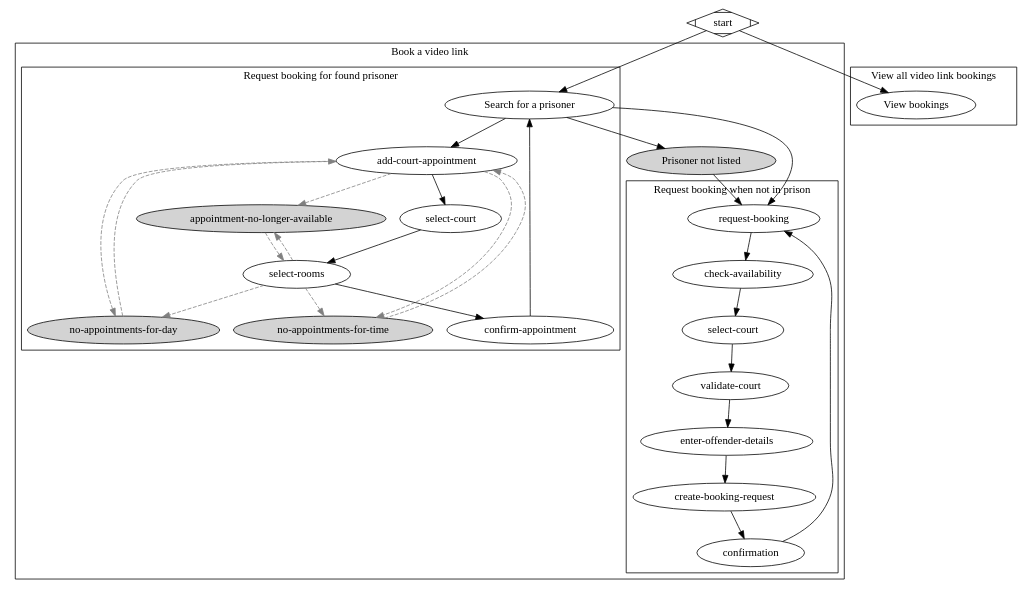
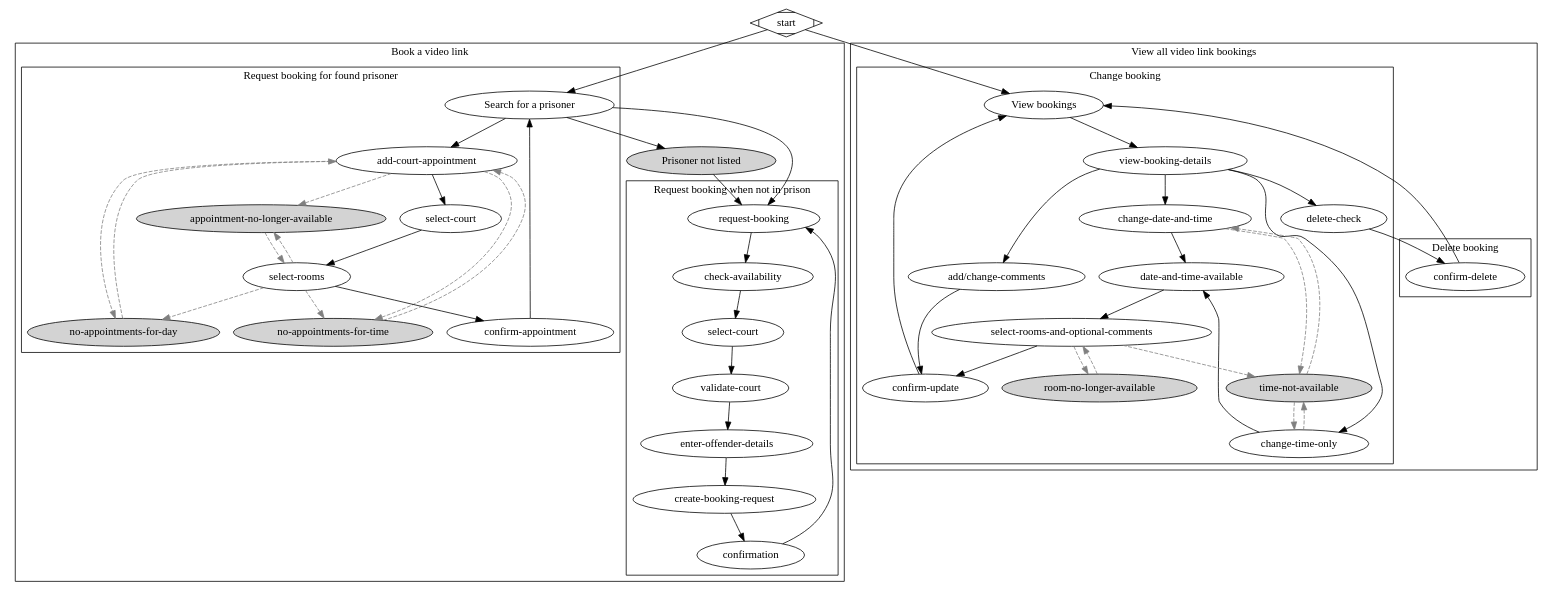
The diagram in route-map.dot (uk-gov-mirror/ministryofjustice.hmpps-book-video-link), drawn with Graphviz before and after one commit. The commit also changed 1 other file, not shown here.

```diff
--- a/route-map.dot
+++ b/route-map.dot
@@ -1,59 +1,104 @@
 digraph G {
-  start [shape=Mdiamond];
-  start -> a1;
-  start -> viewBookings;
+  start [shape=Mdiamond]
+  start -> a1
+  start -> viewBookings
 
   subgraph cluster_1 {
     label = "Book a video link"
       
     a1 [label="Search for a prisoner"]
     a2 [label="Prisoner not listed", style=filled]
     
     a1 -> { a2, b0 }
     a2 -> c0
     a1 -> c0
 
     subgraph cluster_2 {
       b0 [label="add-court-appointment"]
       b1 [label="no-appointments-for-day", style=filled]
       b2 [label="no-appointments-for-time", style=filled]
       b3 [label="appointment-no-longer-available", style=filled]
       b4 [label="select-court"]
       b5 [label="select-rooms"]
       b6 [label="confirm-appointment"]
         
       b0 -> b4
       b4 -> b5
       b5 -> b6
       b6 -> { a1 }
         
       b0 -> { b1, b2, b3 } [style=dashed, color=grey]
         
       b1 -> b0 [style=dashed, color=grey]
       b2 -> b0 [style=dashed, color=grey]
       b3 -> b5 [style=dashed, color=grey]
         
       b5 -> {b1, b2, b3} [style=dashed, color=grey]
         
-      label = "Request booking for found prisoner";
+      label = "Request booking for found prisoner"
     }
       
     subgraph cluster_3 {
       c0 [label="request-booking"]
       c1 [label="check-availability"]
       c2 [label="select-court"]
       c3 [label="validate-court"]
       c4 [label="enter-offender-details"]
       c5 [label="create-booking-request"]
       c6 [label="confirmation"]
     
-      node [style=filled];
-      c0 -> c1 -> c2 -> c3 -> c4 -> c5 -> c6 -> c0;
-      label = "Request booking when not in prison";
+      node [style=filled]
+      c0 -> c1 -> c2 -> c3 -> c4 -> c5 -> c6 -> c0
+      label = "Request booking when not in prison"
     }
   }
+  
   subgraph cluster_4 {
+    label = "View all video link bookings"
     viewBookings [label="View bookings"]
-    label = "View all video link bookings";
+    
+    viewBookings -> viewBookingDetails;
+    
+    subgraph cluster_5 {
+        label = "Change booking"
+        viewBookingDetails [label="view-booking-details"]
+        
+        viewBookingDetails -> { d0, e0, f0, g0 }
+        
+        d0 [label="change-date-and-time"]
+        d1 [label="date-and-time-available"]
+        d2 [label="time-not-available", style=filled]
+        d4 [label="select-rooms-and-optional-comments"]
+        d5 [label="room-no-longer-available", style=filled]
+        d6 [label="confirm-update"]
+    
+        node [style=filled];
+        d0 -> d1;
+        d0 -> { d2 } [style=dashed, color=grey]
+        d2 -> { d0, e0 } [style=dashed, color=grey]
+        d4 -> { d2, d5 } [style=dashed, color=grey]
+        d5 -> d4 [style=dashed, color=grey]
+        
+        e0 [label="change-time-only"]
+    
+        node [style=filled]
+        e0 -> d1 -> d4 -> d6 -> viewBookings
+        e0 -> d2 [style=dashed, color=grey]
+        
+        f0 [label="add/change-comments"]
+    
+        node [style=filled]
+        f0 -> d6
+    }
+    
+    subgraph cluster_6 {
+        label = "Delete booking"
+        
+        g0 [label="delete-check"]
+        g1 [label="confirm-delete"]
+        
+        node [style=filled]
+        g0 -> g1 -> viewBookings
+    }
   }
 }
```
